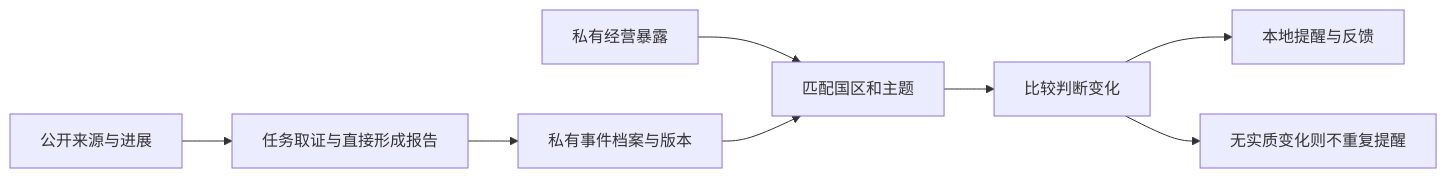
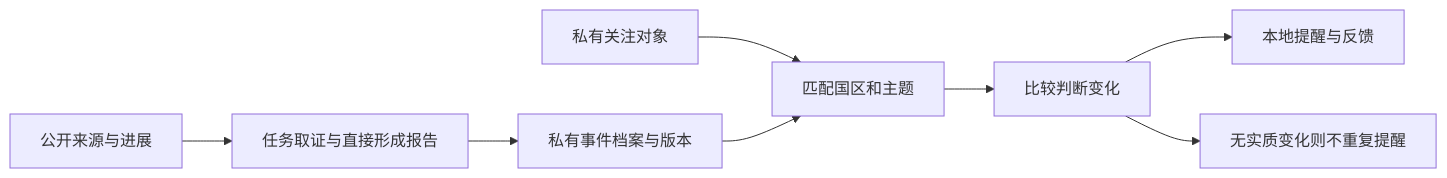
Before and after one commit to workstonedai-collab/georisk-agent: the diagram in docs/product-workflow.md, drawn with Mermaid. The commit also changed other lines of this file and 17 other files, not shown here.

````diff
--- a/docs/product-workflow.md
+++ b/docs/product-workflow.md
@@ -96,10 +98,10 @@
 ```mermaid
 flowchart LR
   S[公开来源与进展] --> R[任务取证与直接形成报告]
   R --> E[私有事件档案与版本]
-  X[私有经营暴露] --> M[匹配国区和主题]
+  X[私有关注对象] --> M[匹配国区和主题]
   E --> M
   M --> D[比较判断变化]
   D --> A[本地提醒与反馈]
   D --> Q[无实质变化则不重复提醒]
 ```
````
